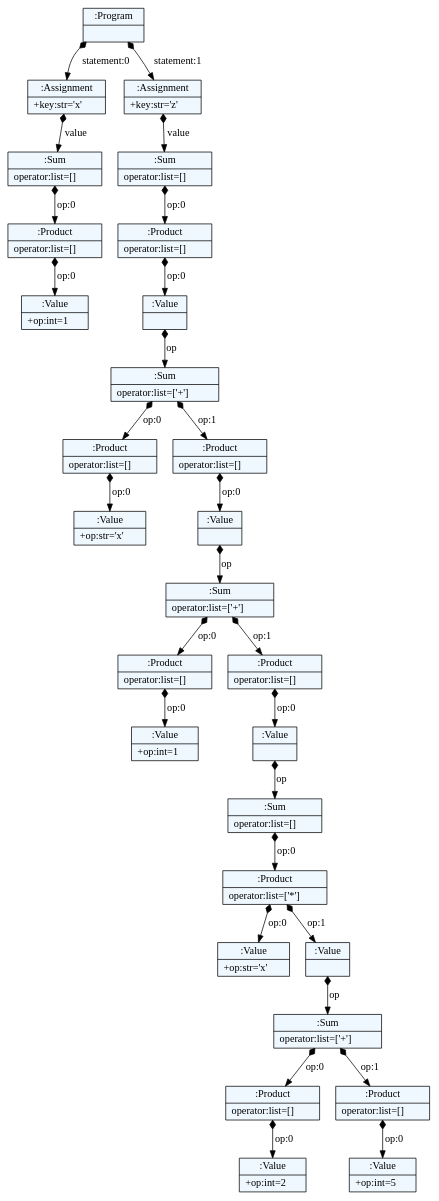
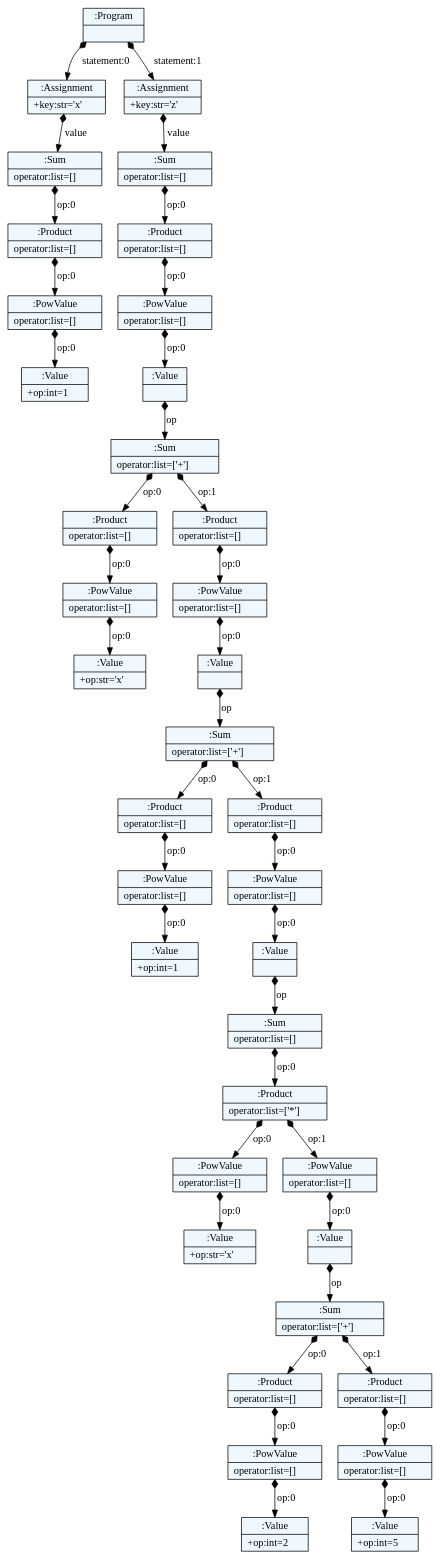
Before and after one commit to robinjack/dsl_for_data_analysis: the diagram in examples/expression_with_id.dot, drawn with Graphviz. The commit also changed 34 other files, not shown here.

```diff
--- a/examples/expression_with_id.dot
+++ b/examples/expression_with_id.dot
@@ -1,70 +1,90 @@
 
     digraph textX {
     fontname = "Bitstream Vera Sans"
     fontsize = 8
     node[
         shape=record,
         style=filled,
         fillcolor=aliceblue
     ]
     nodesep = 0.3
     edge[dir=black,arrowtail=empty]
 
 
-4520932816 -> 4521015440 [label="statement:0" arrowtail=diamond dir=both]
-4521015440 -> 4521016592 [label="value" arrowtail=diamond dir=both]
-4521016592 -> 4521014928 [label="op:0" arrowtail=diamond dir=both]
-4521014928 -> 4521015120 [label="op:0" arrowtail=diamond dir=both]
-4521015120[label="{:Value|+op:int=1\l}"]
-4521014928[label="{:Product|operator:list=[]\l}"]
-4521016592[label="{:Sum|operator:list=[]\l}"]
-4521015440[label="{:Assignment|+key:str='x'\l}"]
-4520932816 -> 4521015056 [label="statement:1" arrowtail=diamond dir=both]
-4521015056 -> 4521014032 [label="value" arrowtail=diamond dir=both]
-4521014032 -> 4521013840 [label="op:0" arrowtail=diamond dir=both]
-4521013840 -> 4521027728 [label="op:0" arrowtail=diamond dir=both]
-4521027728 -> 4521026192 [label="op" arrowtail=diamond dir=both]
-4521026192 -> 4521029136 [label="op:0" arrowtail=diamond dir=both]
-4521029136 -> 4521027088 [label="op:0" arrowtail=diamond dir=both]
-4521027088[label="{:Value|+op:str='x'\l}"]
-4521029136[label="{:Product|operator:list=[]\l}"]
-4521026192 -> 4521029072 [label="op:1" arrowtail=diamond dir=both]
-4521029072 -> 4521028048 [label="op:0" arrowtail=diamond dir=both]
-4521028048 -> 4521137552 [label="op" arrowtail=diamond dir=both]
-4521137552 -> 4521137104 [label="op:0" arrowtail=diamond dir=both]
-4521137104 -> 4521137488 [label="op:0" arrowtail=diamond dir=both]
-4521137488[label="{:Value|+op:int=1\l}"]
-4521137104[label="{:Product|operator:list=[]\l}"]
-4521137552 -> 4521137040 [label="op:1" arrowtail=diamond dir=both]
-4521137040 -> 4521138320 [label="op:0" arrowtail=diamond dir=both]
-4521138320 -> 4521138512 [label="op" arrowtail=diamond dir=both]
-4521138512 -> 4521138448 [label="op:0" arrowtail=diamond dir=both]
-4521138448 -> 4521137360 [label="op:0" arrowtail=diamond dir=both]
-4521137360[label="{:Value|+op:str='x'\l}"]
-4521138448 -> 4521137232 [label="op:1" arrowtail=diamond dir=both]
-4521137232 -> 4521136720 [label="op" arrowtail=diamond dir=both]
-4521136720 -> 4521139152 [label="op:0" arrowtail=diamond dir=both]
-4521139152 -> 4521139344 [label="op:0" arrowtail=diamond dir=both]
-4521139344[label="{:Value|+op:int=2\l}"]
-4521139152[label="{:Product|operator:list=[]\l}"]
-4521136720 -> 4521139280 [label="op:1" arrowtail=diamond dir=both]
-4521139280 -> 4521139472 [label="op:0" arrowtail=diamond dir=both]
-4521139472[label="{:Value|+op:int=5\l}"]
-4521139280[label="{:Product|operator:list=[]\l}"]
-4521136720[label="{:Sum|operator:list=['+']\l}"]
-4521137232[label="{:Value|}"]
-4521138448[label="{:Product|operator:list=['*']\l}"]
-4521138512[label="{:Sum|operator:list=[]\l}"]
-4521138320[label="{:Value|}"]
-4521137040[label="{:Product|operator:list=[]\l}"]
-4521137552[label="{:Sum|operator:list=['+']\l}"]
-4521028048[label="{:Value|}"]
-4521029072[label="{:Product|operator:list=[]\l}"]
-4521026192[label="{:Sum|operator:list=['+']\l}"]
-4521027728[label="{:Value|}"]
-4521013840[label="{:Product|operator:list=[]\l}"]
-4521014032[label="{:Sum|operator:list=[]\l}"]
-4521015056[label="{:Assignment|+key:str='z'\l}"]
-4520932816[label="{:Program|}"]
+4561275600 -> 4561393360 [label="statement:0" arrowtail=diamond dir=both]
+4561393360 -> 4561392144 [label="value" arrowtail=diamond dir=both]
+4561392144 -> 4561392912 [label="op:0" arrowtail=diamond dir=both]
+4561392912 -> 4561377744 [label="op:0" arrowtail=diamond dir=both]
+4561377744 -> 4561379024 [label="op:0" arrowtail=diamond dir=both]
+4561379024[label="{:Value|+op:int=1\l}"]
+4561377744[label="{:PowValue|operator:list=[]\l}"]
+4561392912[label="{:Product|operator:list=[]\l}"]
+4561392144[label="{:Sum|operator:list=[]\l}"]
+4561393360[label="{:Assignment|+key:str='x'\l}"]
+4561275600 -> 4561391952 [label="statement:1" arrowtail=diamond dir=both]
+4561391952 -> 4561393424 [label="value" arrowtail=diamond dir=both]
+4561393424 -> 4561376080 [label="op:0" arrowtail=diamond dir=both]
+4561376080 -> 4561376464 [label="op:0" arrowtail=diamond dir=both]
+4561376464 -> 4561377104 [label="op:0" arrowtail=diamond dir=both]
+4561377104 -> 4561549840 [label="op" arrowtail=diamond dir=both]
+4561549840 -> 4561550032 [label="op:0" arrowtail=diamond dir=both]
+4561550032 -> 4561550224 [label="op:0" arrowtail=diamond dir=both]
+4561550224 -> 4561550352 [label="op:0" arrowtail=diamond dir=both]
+4561550352[label="{:Value|+op:str='x'\l}"]
+4561550224[label="{:PowValue|operator:list=[]\l}"]
+4561550032[label="{:Product|operator:list=[]\l}"]
+4561549840 -> 4561378256 [label="op:1" arrowtail=diamond dir=both]
+4561378256 -> 4561550288 [label="op:0" arrowtail=diamond dir=both]
+4561550288 -> 4561550608 [label="op:0" arrowtail=diamond dir=both]
+4561550608 -> 4561550736 [label="op" arrowtail=diamond dir=both]
+4561550736 -> 4561550928 [label="op:0" arrowtail=diamond dir=both]
+4561550928 -> 4561551120 [label="op:0" arrowtail=diamond dir=both]
+4561551120 -> 4561551248 [label="op:0" arrowtail=diamond dir=both]
+4561551248[label="{:Value|+op:int=1\l}"]
+4561551120[label="{:PowValue|operator:list=[]\l}"]
+4561550928[label="{:Product|operator:list=[]\l}"]
+4561550736 -> 4561551056 [label="op:1" arrowtail=diamond dir=both]
+4561551056 -> 4561551184 [label="op:0" arrowtail=diamond dir=both]
+4561551184 -> 4561549712 [label="op:0" arrowtail=diamond dir=both]
+4561549712 -> 4561549008 [label="op" arrowtail=diamond dir=both]
+4561549008 -> 4561548432 [label="op:0" arrowtail=diamond dir=both]
+4561548432 -> 4561507600 [label="op:0" arrowtail=diamond dir=both]
+4561507600 -> 4561507472 [label="op:0" arrowtail=diamond dir=both]
+4561507472[label="{:Value|+op:str='x'\l}"]
+4561507600[label="{:PowValue|operator:list=[]\l}"]
+4561548432 -> 4561507536 [label="op:1" arrowtail=diamond dir=both]
+4561507536 -> 4561508944 [label="op:0" arrowtail=diamond dir=both]
+4561508944 -> 4561508880 [label="op" arrowtail=diamond dir=both]
+4561508880 -> 4561509968 [label="op:0" arrowtail=diamond dir=both]
+4561509968 -> 4561509904 [label="op:0" arrowtail=diamond dir=both]
+4561509904 -> 4561509648 [label="op:0" arrowtail=diamond dir=both]
+4561509648[label="{:Value|+op:int=2\l}"]
+4561509904[label="{:PowValue|operator:list=[]\l}"]
+4561509968[label="{:Product|operator:list=[]\l}"]
+4561508880 -> 4561508048 [label="op:1" arrowtail=diamond dir=both]
+4561508048 -> 4561509072 [label="op:0" arrowtail=diamond dir=both]
+4561509072 -> 4561509008 [label="op:0" arrowtail=diamond dir=both]
+4561509008[label="{:Value|+op:int=5\l}"]
+4561509072[label="{:PowValue|operator:list=[]\l}"]
+4561508048[label="{:Product|operator:list=[]\l}"]
+4561508880[label="{:Sum|operator:list=['+']\l}"]
+4561508944[label="{:Value|}"]
+4561507536[label="{:PowValue|operator:list=[]\l}"]
+4561548432[label="{:Product|operator:list=['*']\l}"]
+4561549008[label="{:Sum|operator:list=[]\l}"]
+4561549712[label="{:Value|}"]
+4561551184[label="{:PowValue|operator:list=[]\l}"]
+4561551056[label="{:Product|operator:list=[]\l}"]
+4561550736[label="{:Sum|operator:list=['+']\l}"]
+4561550608[label="{:Value|}"]
+4561550288[label="{:PowValue|operator:list=[]\l}"]
+4561378256[label="{:Product|operator:list=[]\l}"]
+4561549840[label="{:Sum|operator:list=['+']\l}"]
+4561377104[label="{:Value|}"]
+4561376464[label="{:PowValue|operator:list=[]\l}"]
+4561376080[label="{:Product|operator:list=[]\l}"]
+4561393424[label="{:Sum|operator:list=[]\l}"]
+4561391952[label="{:Assignment|+key:str='z'\l}"]
+4561275600[label="{:Program|}"]
 
 }
```
